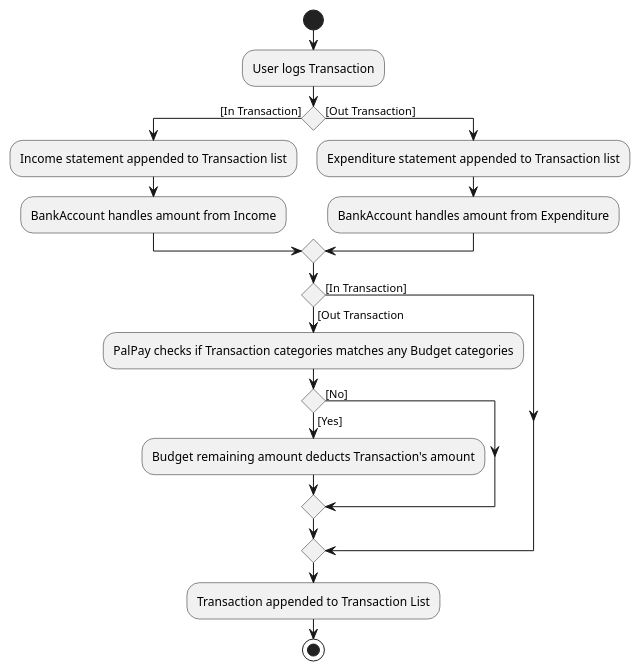
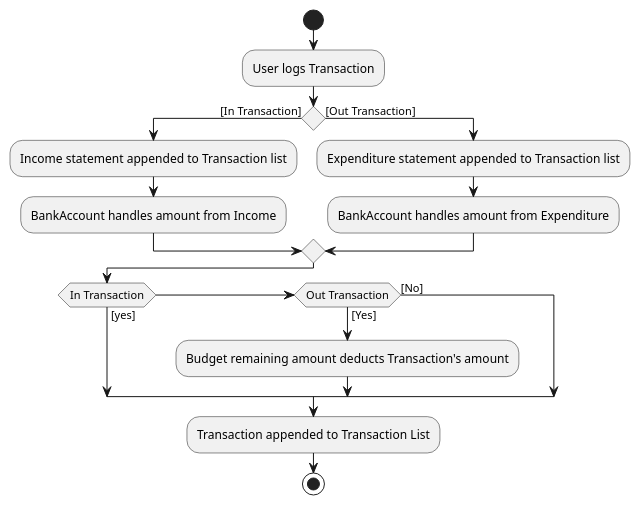
Before and after one commit to nus-cs2103-AY1920S1/addressbook-level3: the diagram in docs/diagrams/OutbudgetActivityDiagram.puml, drawn with PlantUML. The commit also changed 1 other file, not shown here.

Commit message:
DG Activity diagram updated

```diff
--- a/docs/diagrams/OutbudgetActivityDiagram.puml
+++ b/docs/diagrams/OutbudgetActivityDiagram.puml
@@ -1,34 +1,28 @@
 @startuml
 start
 :User logs Transaction;
 if() then ([In Transaction])
 
 :Income statement appended to Transaction list;
 :BankAccount handles amount from Income;
 
 else([Out Transaction])
 
 :Expenditure statement appended to Transaction list;
 :BankAccount handles amount from Expenditure;
 
 endif
 
-if() then ([In Transaction])
+if(In Transaction) then ([yes])
 
-
-else([Out Transaction)
-:PalPay checks if Transaction categories matches any Budget categories;
-
-if() then ([Yes])
+elseif (Out Transaction) then ([Yes])
 :Budget remaining amount deducts Transaction's amount;
 
 else([No])
-
-endif
 
 endif
 
 :Transaction appended to Transaction List;
 
 stop
 @enduml
```
